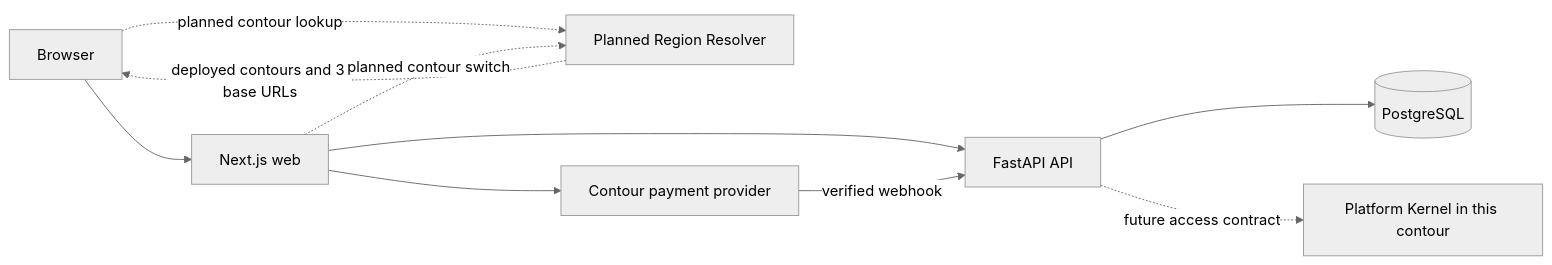
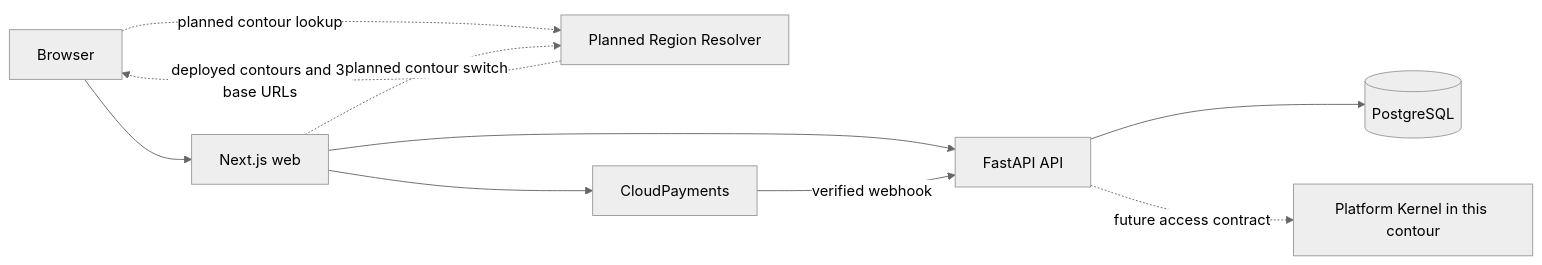
One commit to gushinets/payments-portal changed the diagram in ARCHITECTURE.md. Above: the diagram before and after it, drawn with Mermaid (neutral theme). The commit also changed other lines of this file and 20 other files, not shown here.

First line of the commit message:
ANY-411 - Establish billing authority architecture (#78)

````diff
--- a/ARCHITECTURE.md
+++ b/ARCHITECTURE.md
@@ -22,12 +23,12 @@
 ```mermaid
 flowchart LR
   Browser -. "planned contour lookup" .-> Resolver["Planned Region Resolver"]
   Resolver -. "deployed contours and 3 base URLs" .-> Browser
   Browser --> Web["Next.js web"]
   Web --> API["FastAPI API"]
   API --> DB[("PostgreSQL")]
-  Web --> Provider["Contour payment provider"]
+  Web --> Provider["CloudPayments"]
   Provider -->|"verified webhook"| API
   API -. "future access contract" .-> PK["Platform Kernel in this contour"]
   Web -. "planned contour switch" .-> Resolver
 ```
````
